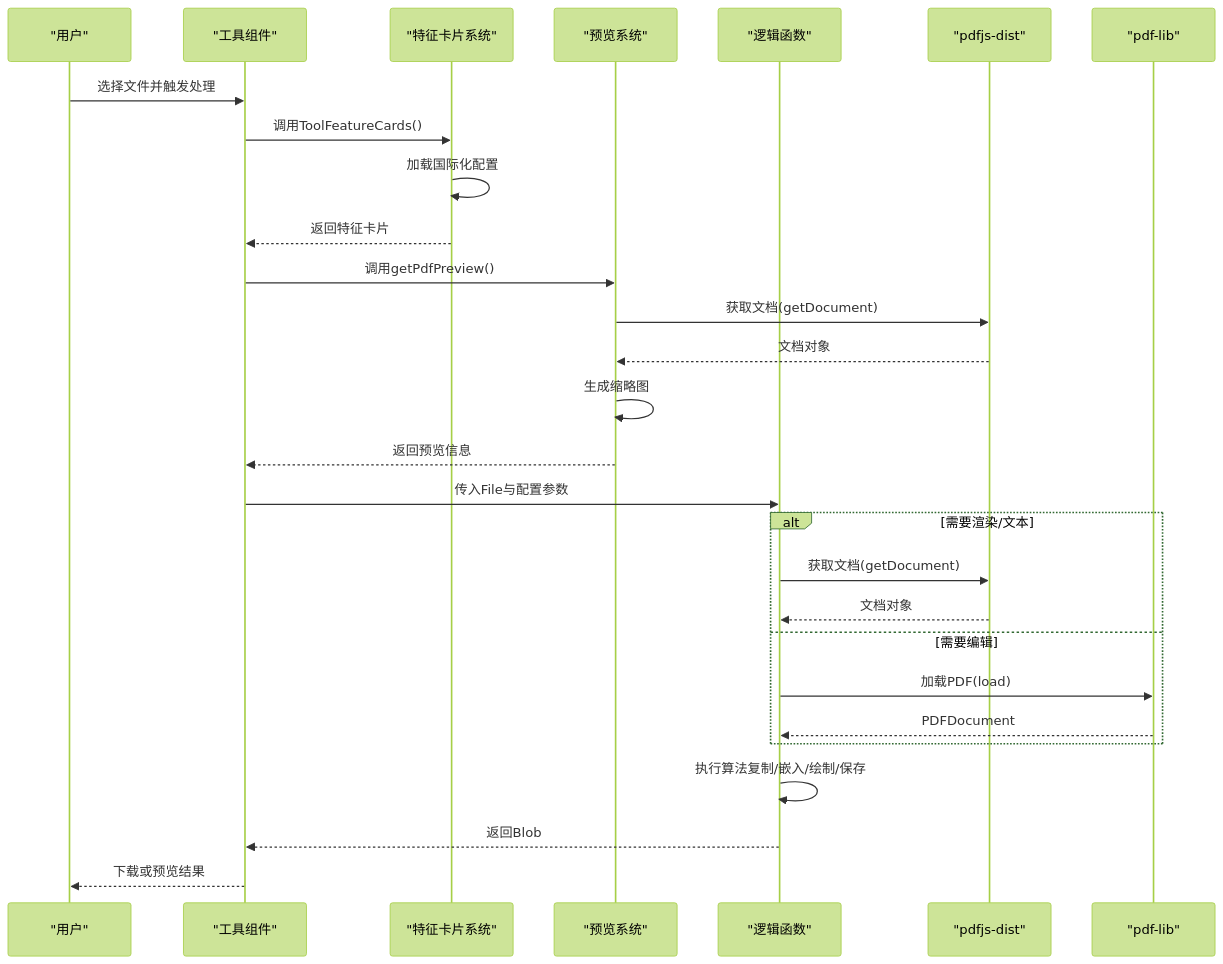
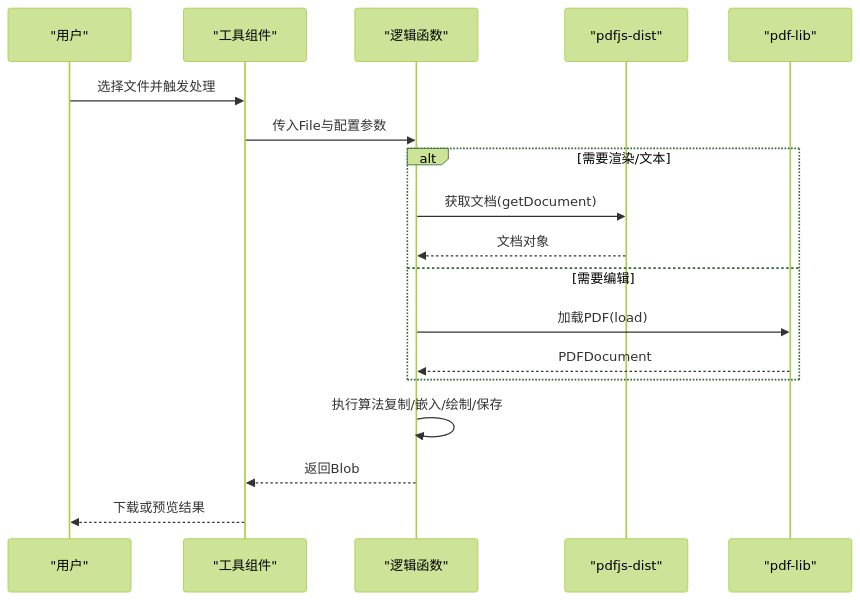
The second of 3 diagrams in .qoder/repowiki/zh/content/PDF工具/PDF工具.md (sgyy/privadeck), drawn with Mermaid (forest theme) before and after one commit. The commit also changed other lines of this file and 48 other files, not shown here.

````diff
--- a/.qoder/repowiki/zh/content/PDF工具/PDF工具.md
+++ b/.qoder/repowiki/zh/content/PDF工具/PDF工具.md
@@ -300,30 +144,20 @@
 ```mermaid
 sequenceDiagram
 participant U as "用户"
 participant C as "工具组件"
-participant F as "特征卡片系统"
-participant P as "预览系统"
 participant L as "逻辑函数"
 participant PJ as "pdfjs-dist"
 participant PL as "pdf-lib"
 U->>C : 选择文件并触发处理
-C->>F : 调用ToolFeatureCards()
-F->>F : 加载国际化配置
-F-->>C : 返回特征卡片
-C->>P : 调用getPdfPreview()
-P->>PJ : 获取文档(getDocument)
-PJ-->>P : 文档对象
-P->>P : 生成缩略图
-P-->>C : 返回预览信息
 C->>L : 传入File与配置参数
 alt 需要渲染/文本
 L->>PJ : 获取文档(getDocument)
 PJ-->>L : 文档对象
 else 需要编辑
 L->>PL : 加载PDF(load)
 PL-->>L : PDFDocument
 end
 L->>L : 执行算法复制/嵌入/绘制/保存
 L-->>C : 返回Blob
 C-->>U : 下载或预览结果
 ```
````
